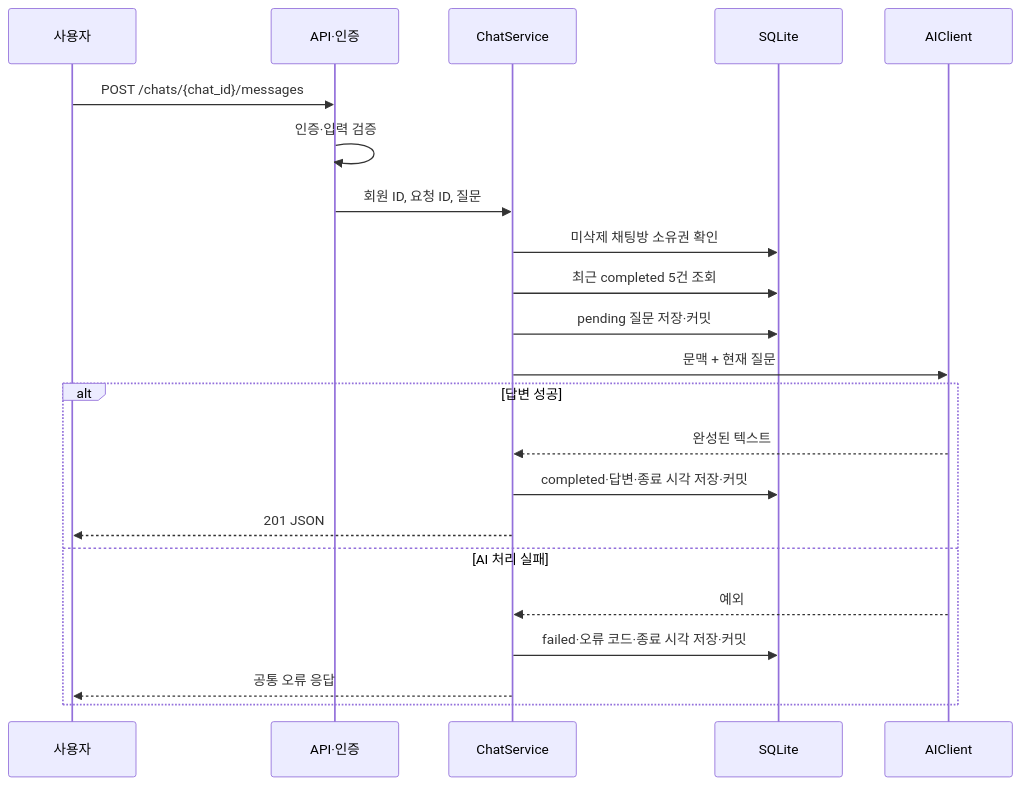
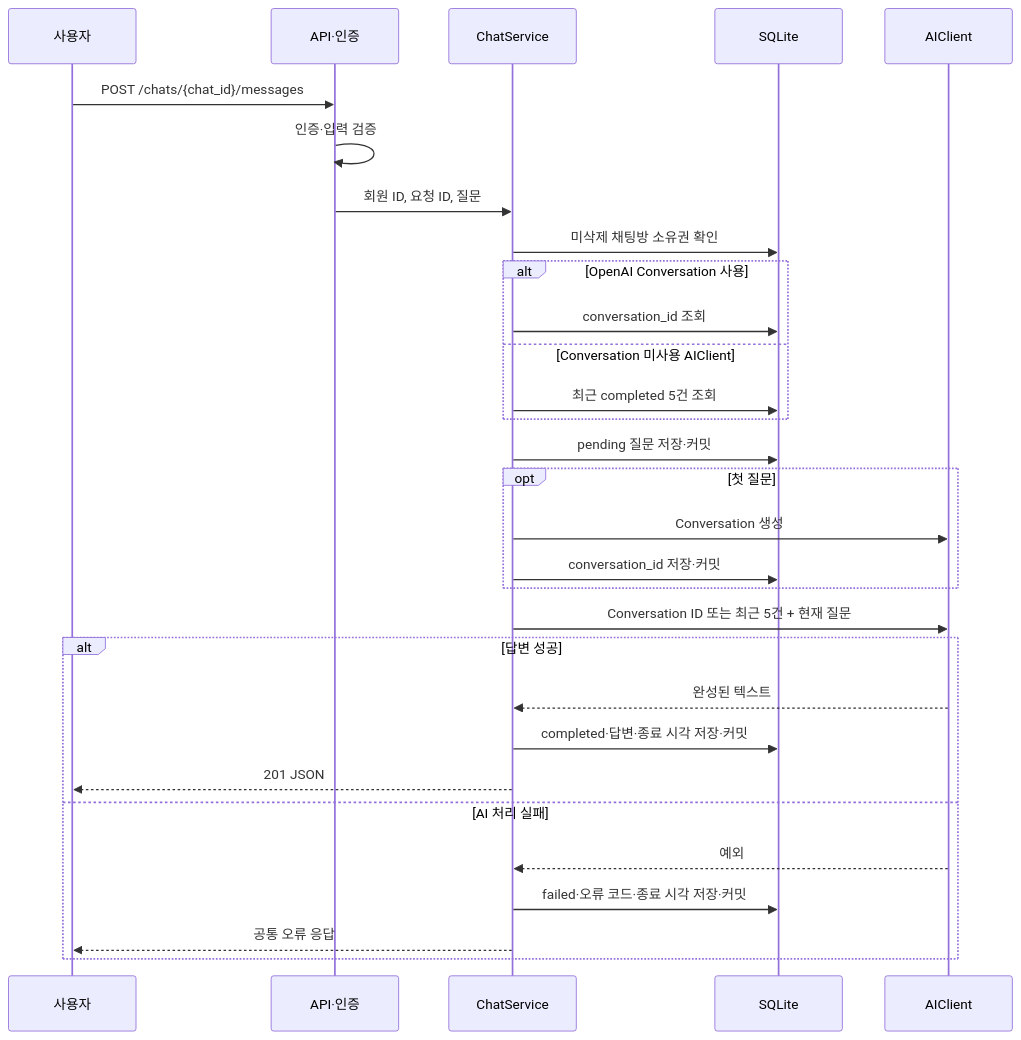
One commit to myy-dev/be-B7-1 changed the diagram in docs/ARCHITECTURE.md. Above: the diagram before and after it, drawn with Mermaid. The commit also changed other lines of this file and 2 other files, not shown here.

````diff
--- a/docs/ARCHITECTURE.md
+++ b/docs/ARCHITECTURE.md
@@ -32,24 +32,32 @@
 ```mermaid
 sequenceDiagram
     participant U as 사용자
     participant API as API·인증
     participant S as ChatService
     participant DB as SQLite
     participant AI as AIClient
     U->>API: POST /chats/{chat_id}/messages
     API->>API: 인증·입력 검증
     API->>S: 회원 ID, 요청 ID, 질문
     S->>DB: 미삭제 채팅방 소유권 확인
-    S->>DB: 최근 completed 5건 조회
+    alt OpenAI Conversation 사용
+        S->>DB: conversation_id 조회
+    else Conversation 미사용 AIClient
+        S->>DB: 최근 completed 5건 조회
+    end
     S->>DB: pending 질문 저장·커밋
-    S->>AI: 문맥 + 현재 질문
+    opt 첫 질문
+        S->>AI: Conversation 생성
+        S->>DB: conversation_id 저장·커밋
+    end
+    S->>AI: Conversation ID 또는 최근 5건 + 현재 질문
     alt 답변 성공
         AI-->>S: 완성된 텍스트
         S->>DB: completed·답변·종료 시각 저장·커밋
         S-->>U: 201 JSON
     else AI 처리 실패
         AI-->>S: 예외
         S->>DB: failed·오류 코드·종료 시각 저장·커밋
         S-->>U: 공통 오류 응답
     end
 ```
````
